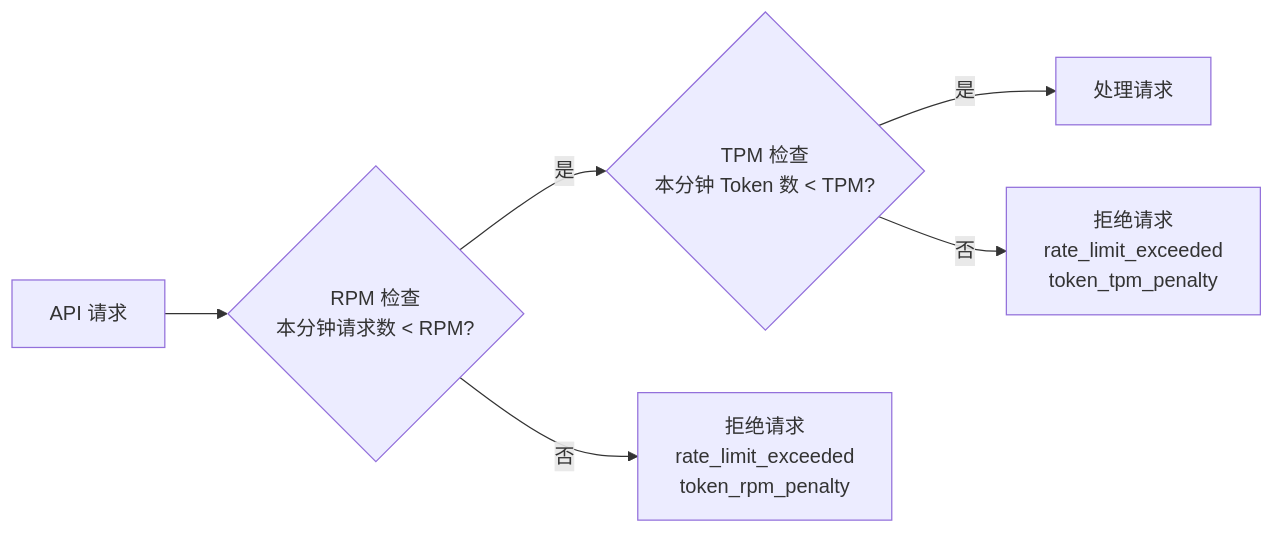
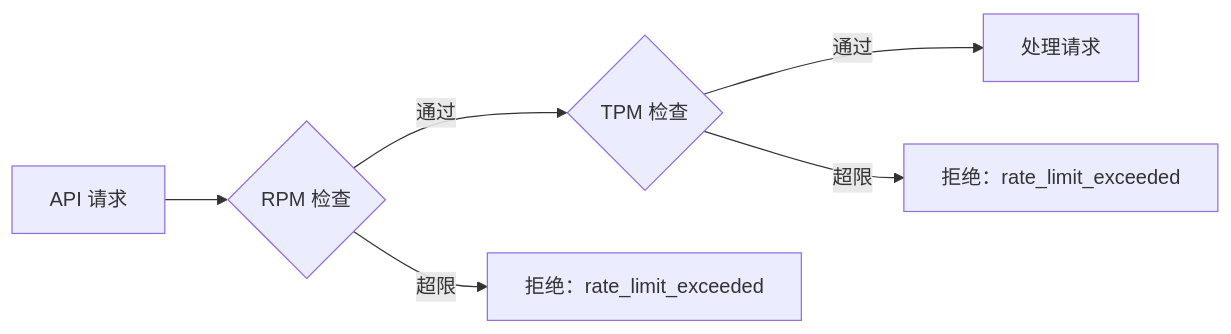
One commit to poxiaoyun/docs changed the diagram in src/pages/docs/cn/10.rune/05.chatapp/token.md. Above: the diagram before and after it, drawn with Mermaid. The commit also changed other lines of this file and 463 other files, not shown here.

````diff
--- a/src/pages/docs/cn/10.rune/05.chatapp/token.md
+++ b/src/pages/docs/cn/10.rune/05.chatapp/token.md
@@ -163,8 +118,8 @@
 ```mermaid
 flowchart LR
- Request["API 请求"] --> RPMCheck{"RPM 检查<br/>本分钟请求数 < RPM?"}
- RPMCheck -- 是 --> TPMCheck{"TPM 检查<br/>本分钟 Token 数 < TPM?"}
- RPMCheck -- 否 --> Reject["拒绝请求<br/>rate_limit_exceeded<br/>token_rpm_penalty"]
- TPMCheck -- 是 --> Process["处理请求"]
- TPMCheck -- 否 --> Reject2["拒绝请求<br/>rate_limit_exceeded<br/>token_tpm_penalty"]
+ Req["API 请求"] --> RPM{"RPM 检查"}
+ RPM -- 通过 --> TPM{"TPM 检查"}
+ RPM -- 超限 --> R1["拒绝：rate_limit_exceeded"]
+ TPM -- 通过 --> OK["处理请求"]
+ TPM -- 超限 --> R2["拒绝：rate_limit_exceeded"]
 ```
````
